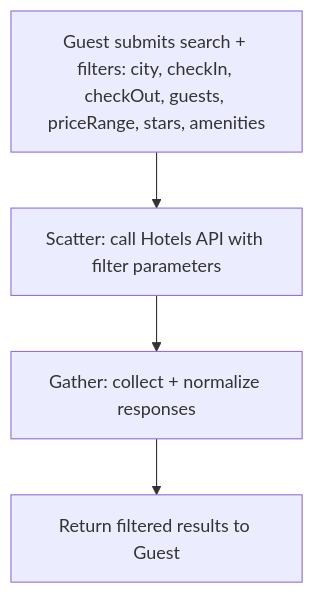
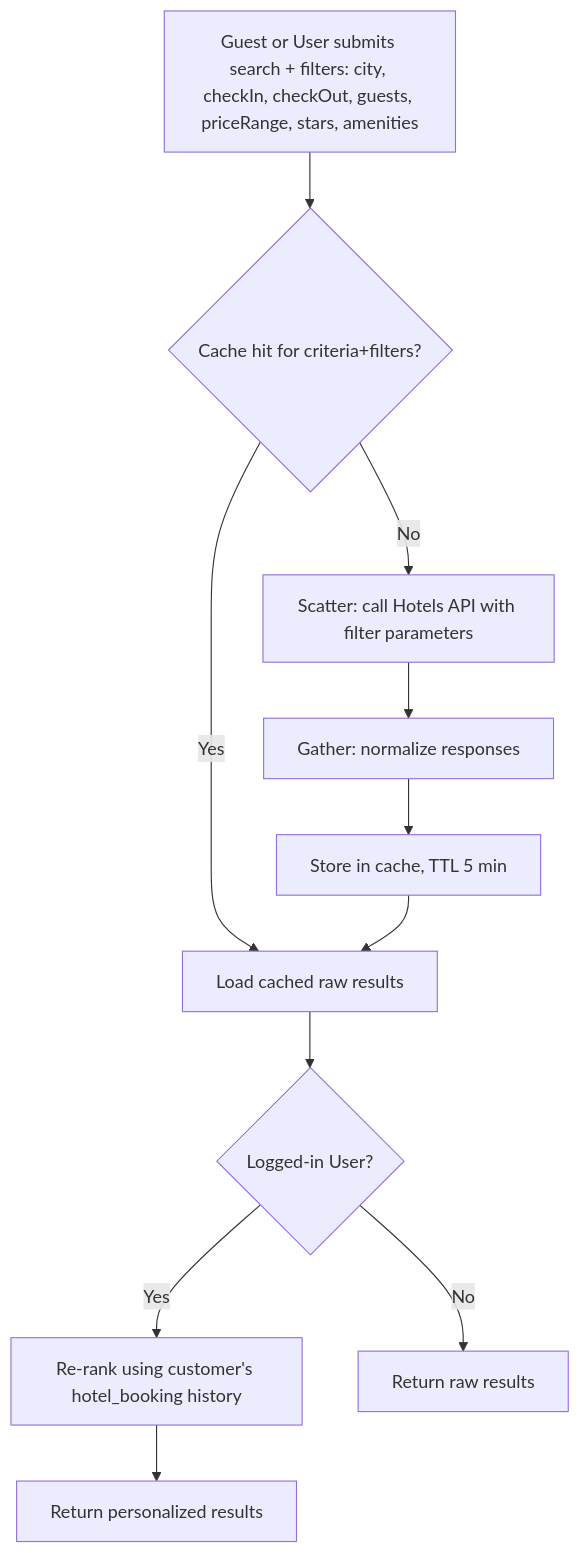
One commit to Backend-Mentor-ORG/booking changed the first of 3 diagrams in diagrams/UC-02-filter-hotels.md. Above: the diagram before and after it, drawn with Mermaid. The commit also changed other lines of this file and 4 other files, not shown here.

Commit message:
Enhance caching strategy for Flights and Hotels API, update use case diagrams and pseudocode for improved performance and personalization

````diff
--- a/diagrams/UC-02-filter-hotels.md
+++ b/diagrams/UC-02-filter-hotels.md
@@ -8,6 +11,13 @@
 ```mermaid
 flowchart TD
-  A[Guest submits search + filters: city, checkIn, checkOut, guests, priceRange, stars, amenities] --> B[Scatter: call Hotels API with filter parameters]
-  B --> C[Gather: collect + normalize responses]
-  C --> D[Return filtered results to Guest]
+  A[Guest or User submits search + filters: city, checkIn, checkOut, guests, priceRange, stars, amenities] --> B{Cache hit for criteria+filters?}
+  B -- Yes --> C[Load cached raw results]
+  B -- No --> D[Scatter: call Hotels API with filter parameters]
+  D --> E[Gather: normalize responses]
+  E --> F[Store in cache, TTL 5 min]
+  F --> C
+  C --> G{Logged-in User?}
+  G -- Yes --> H[Re-rank using customer's hotel_booking history]
+  G -- No --> I[Return raw results]
+  H --> J[Return personalized results]
 ```
````
